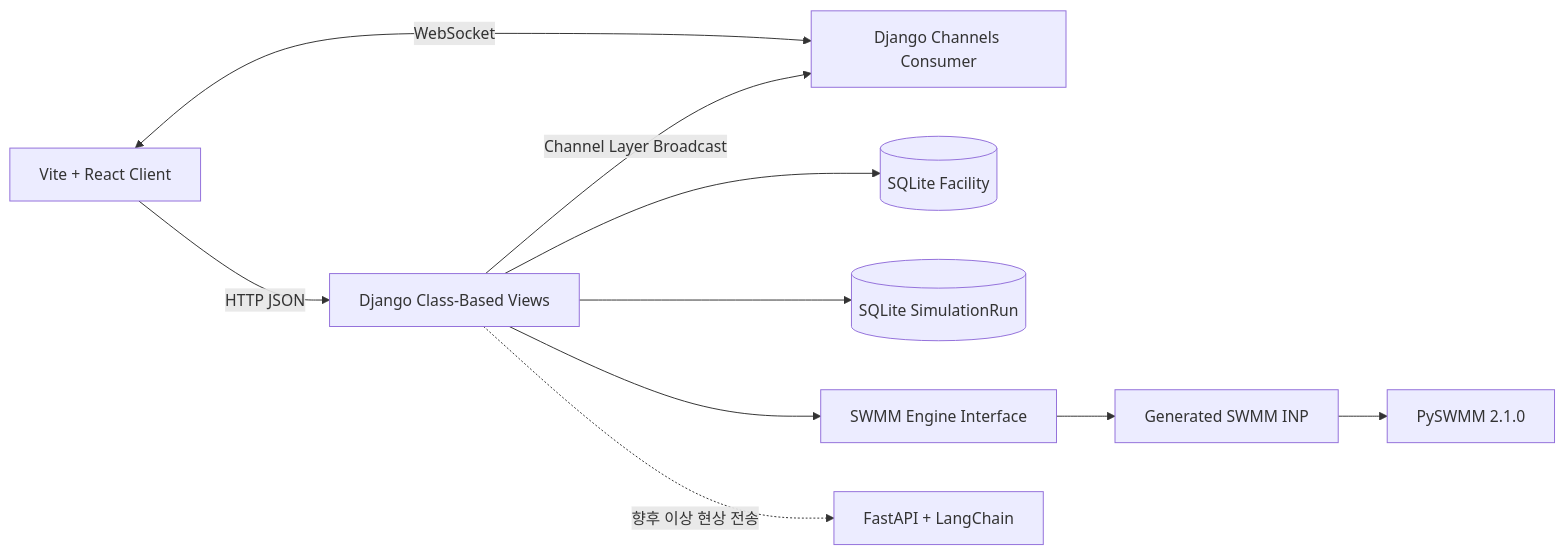
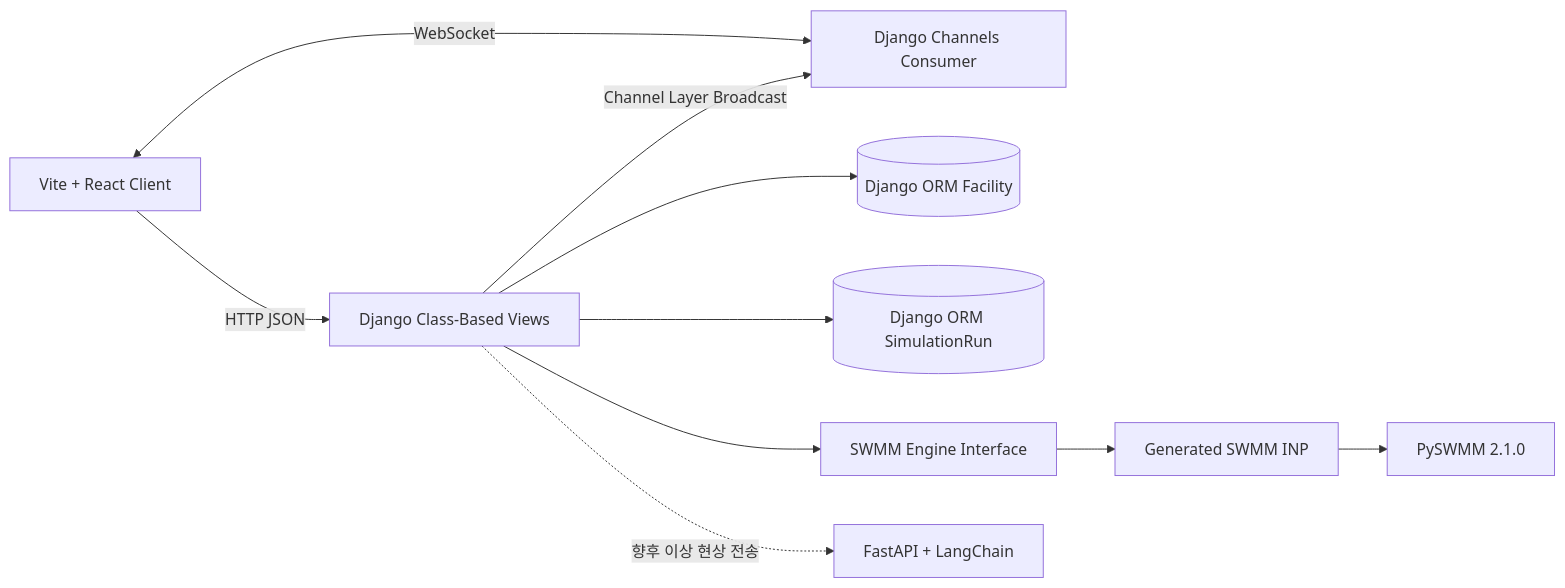
Before and after one commit to SuperMario-Flood-Monitoring/SuperMario_Django: the diagram in backend/docs/architecture.md, drawn with Mermaid. The commit also changed other lines of this file and 10 other files, not shown here.

````diff
--- a/backend/docs/architecture.md
+++ b/backend/docs/architecture.md
@@ -13,22 +13,22 @@
 ```mermaid
 flowchart LR
     Client[Vite + React Client]
     API[Django Class-Based Views]
     WS[Django Channels Consumer]
-    FacilityDB[(SQLite Facility)]
-    RunDB[(SQLite SimulationRun)]
+    FacilityDB[(Django ORM Facility)]
+    RunDB[(Django ORM SimulationRun)]
     Engine[SWMM Engine Interface]
     PySWMM[PySWMM 2.1.0]
     INP[Generated SWMM INP]
     LangChain[FastAPI + LangChain]
 
     Client -->|HTTP JSON| API
     Client <-->|WebSocket| WS
     API --> FacilityDB
     API --> Engine
     Engine --> INP
     INP --> PySWMM
     API --> RunDB
     API -->|Channel Layer Broadcast| WS
     API -.->|향후 이상 현상 전송| LangChain
 ```
````
